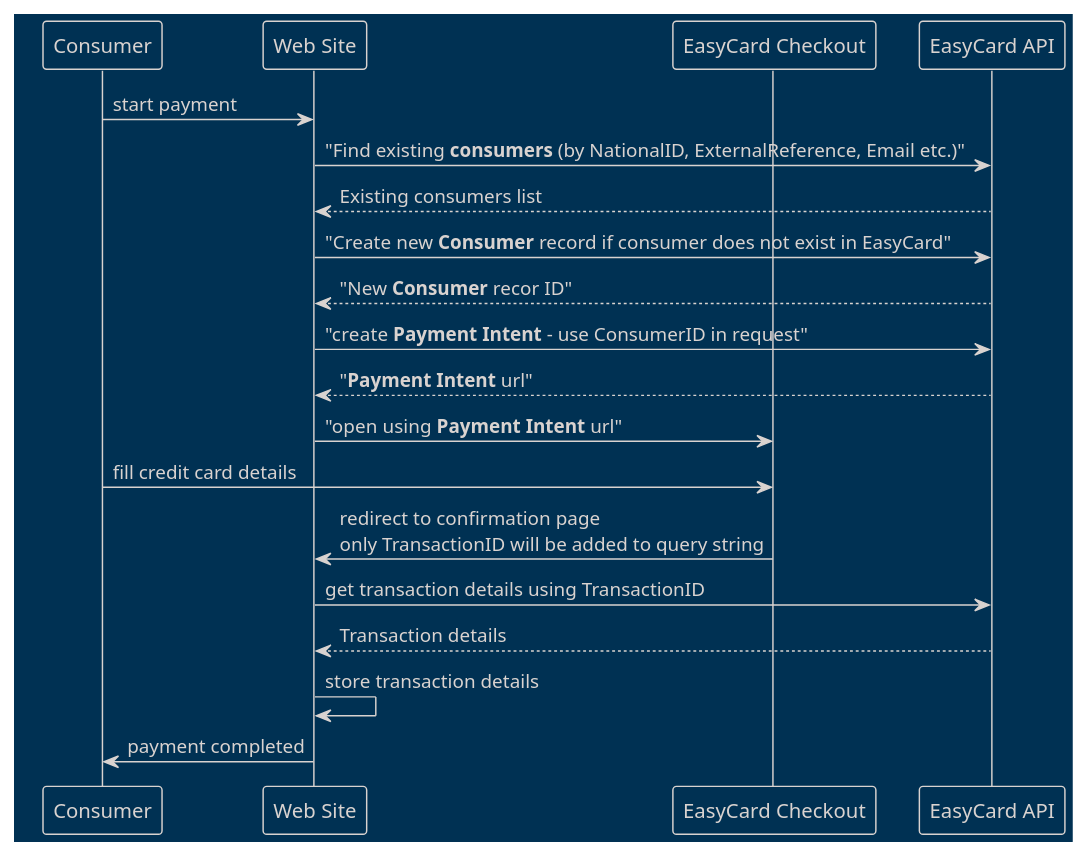
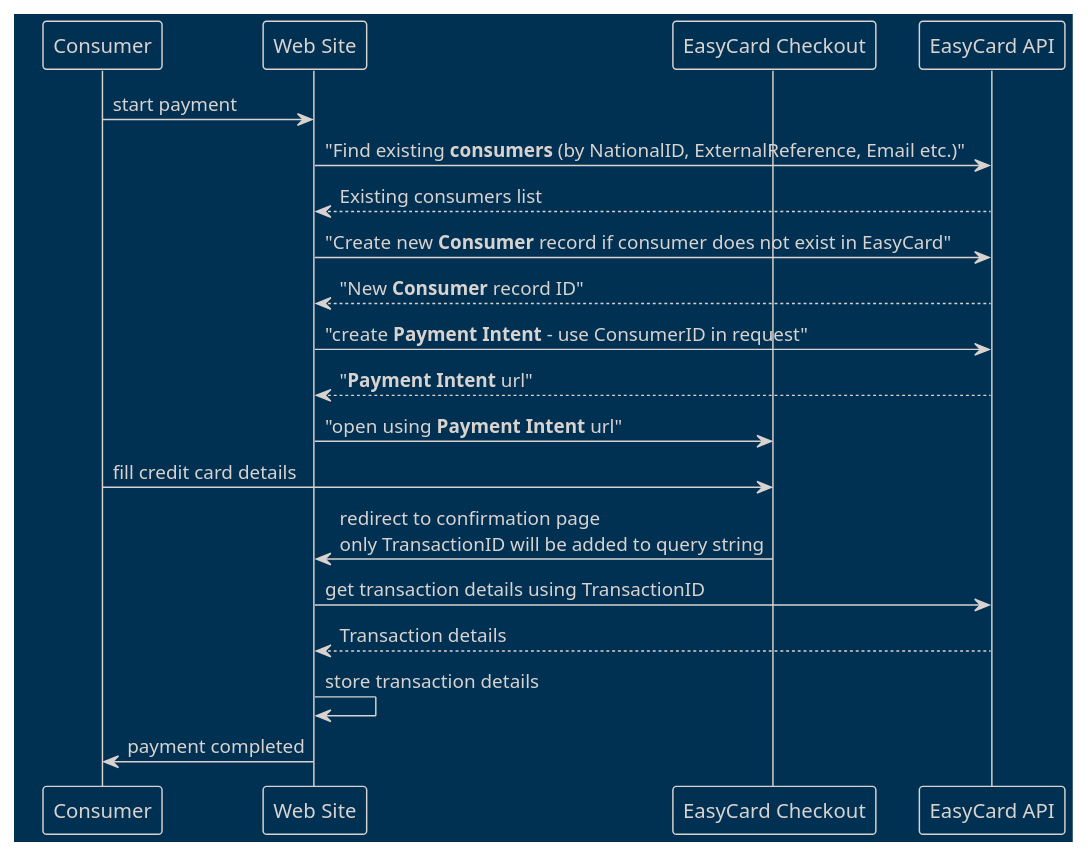
The diagram in images/CheckoutSequenceWithConsumerDiagram.iuml (HaddasEC/ECNG), drawn with PlantUML before and after one commit.

```diff
--- a/images/CheckoutSequenceWithConsumerDiagram.iuml
+++ b/images/CheckoutSequenceWithConsumerDiagram.iuml
@@ -1,22 +1,22 @@
 @startuml
 !theme blueprint
 participant "Consumer" as consumer
 participant "Web Site" as website
 participant "EasyCard Checkout" as checkout
 participant "EasyCard API" as api
 
 consumer->website: start payment
 website->api: "Find existing <b>consumers</b> (by NationalID, ExternalReference, Email etc.)"
 api-->website: Existing consumers list
 website->api: "Create new <b>Consumer</b> record if consumer does not exist in EasyCard"
-api-->website: "New <b>Consumer</b> recor ID"
+api-->website: "New <b>Consumer</b> record ID"
 website->api: "create <b>Payment Intent</b> - use ConsumerID in request"
 api-->website: "<b>Payment Intent</b> url"
 website->checkout : "open using <b>Payment Intent</b> url"
 consumer->checkout : fill credit card details
 checkout->website: redirect to confirmation page\nonly TransactionID will be added to query string
 website->api:get transaction details using TransactionID
 api-->website: Transaction details
 website->website: store transaction details
 website->consumer: payment completed 
 @enduml
```
